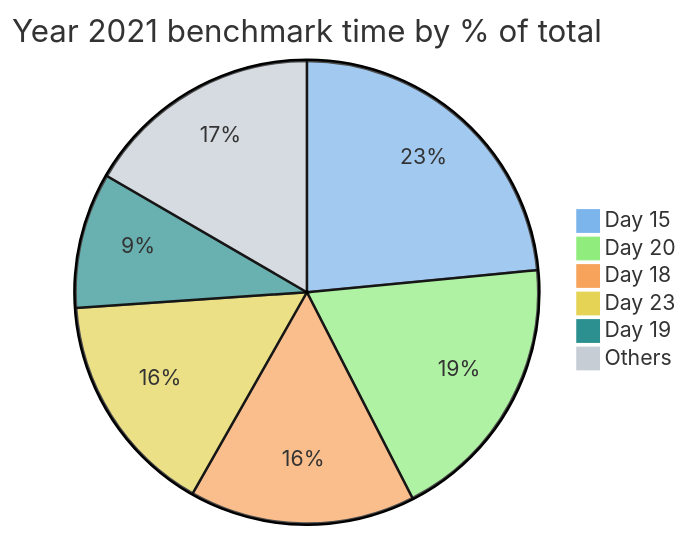
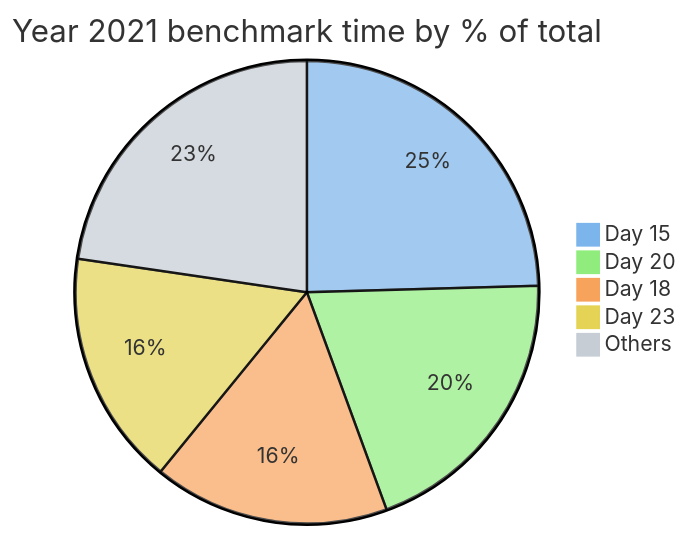
The third of 4 diagrams in README.md (maneatingape/advent-of-code-rust), drawn with Mermaid before and after one commit. The commit also changed other lines of this file and 1 other file, not shown here.

Commit message:
More efficient scanner matching

````diff
--- a/README.md
+++ b/README.md
@@ -114,11 +114,10 @@
 ```mermaid
-%%{init: {'theme': 'base', 'themeVariables': { 'pie1': '#7cb5ec', 'pie2': '#90ed7d', 'pie3': '#f7a35c', 'pie4': '#e4d354', 'pie5': '#2b908f', 'pie6': '#c6cdd5'}}}%%
+%%{init: {'theme': 'base', 'themeVariables': { 'pie1': '#7cb5ec', 'pie2': '#90ed7d', 'pie3': '#f7a35c', 'pie4': '#e4d354', 'pie5': '#c6cdd5'}}}%%
 pie
     title Year 2021 benchmark time by % of total
     "Day 15" : 2567
     "Day 20" : 2075
     "Day 18" : 1723
     "Day 23" : 1717
-    "Day 19" : 1034
-    "Others" : 1817
+    "Others" : 2371
 ```
````
